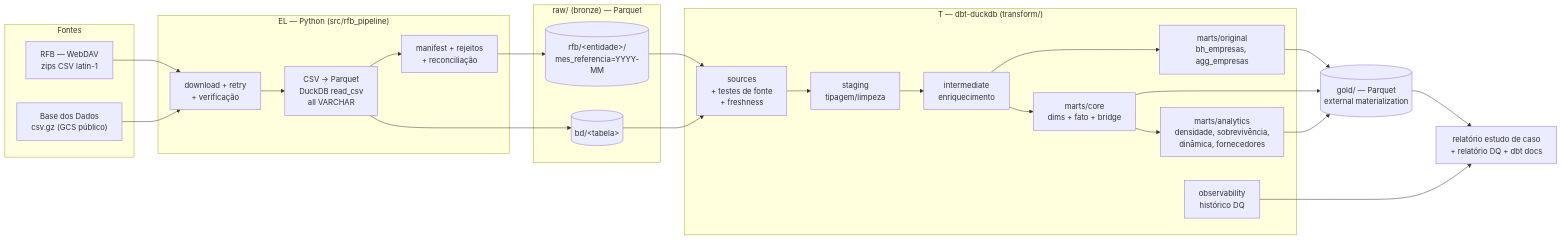
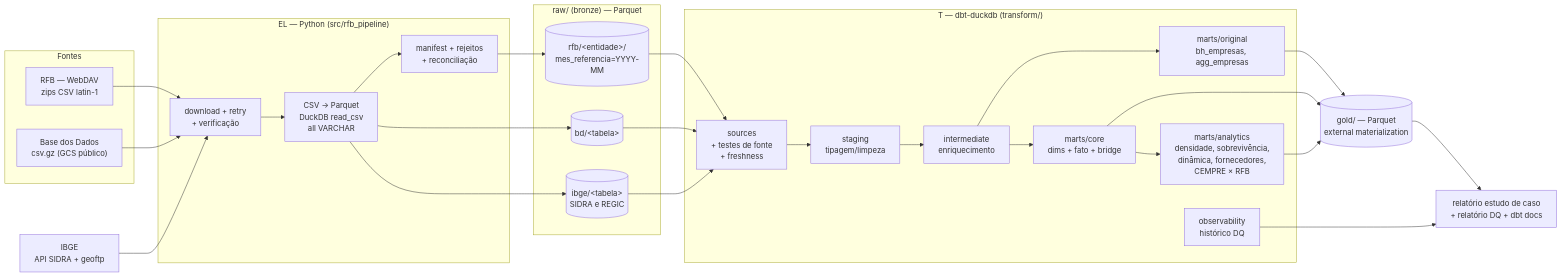
One commit to llrt/dbt-pipeline-rfb-v2 changed the first of 3 diagrams in ARCHITECTURE.md. Above: the diagram before and after it, drawn with Mermaid. The commit also changed other lines of this file and 3 other files, not shown here.

````diff
--- a/ARCHITECTURE.md
+++ b/ARCHITECTURE.md
@@ -12,40 +12,44 @@
 ```mermaid
 flowchart LR
     subgraph Fontes
       RFB["RFB — WebDAV<br/>zips CSV latin-1"]
       BD["Base dos Dados<br/>csv.gz (GCS público)"]
     end
     subgraph EL["EL — Python (src/rfb_pipeline)"]
       DL[download + retry<br/>+ verificação]
       CV[CSV → Parquet<br/>DuckDB read_csv<br/>all VARCHAR]
       MF[manifest + rejeitos<br/>+ reconciliação]
     end
     subgraph RAW["raw/ (bronze) — Parquet"]
       R1[(rfb/&lt;entidade&gt;/<br/>mes_referencia=YYYY-MM)]
       R2[(bd/&lt;tabela&gt;)]
+      R3[(ibge/&lt;tabela&gt;<br/>SIDRA e REGIC)]
     end
     subgraph DBT["T — dbt-duckdb (transform/)"]
       SRC[sources<br/>+ testes de fonte<br/>+ freshness]
       STG[staging<br/>tipagem/limpeza]
       INT[intermediate<br/>enriquecimento]
       ORI[marts/original<br/>bh_empresas, agg_empresas]
       CORE[marts/core<br/>dims + fato + bridge]
-      ANA[marts/analytics<br/>densidade, sobrevivência,<br/>dinâmica, fornecedores]
+      ANA[marts/analytics<br/>densidade, sobrevivência,<br/>dinâmica, fornecedores,<br/>CEMPRE × RFB]
       OBS[observability<br/>histórico DQ]
     end
     GOLD[(gold/ — Parquet<br/>external materialization)]
     REP[relatório estudo de caso<br/>+ relatório DQ + dbt docs]
 
     RFB --> DL --> CV --> MF --> R1
     BD --> DL
     CV --> R2
+    IBGE[IBGE<br/>API SIDRA + geoftp] --> DL
+    CV --> R3
     R1 --> SRC
     R2 --> SRC
+    R3 --> SRC
     SRC --> STG --> INT --> ORI
     INT --> CORE --> ANA
     ORI --> GOLD
     CORE --> GOLD
     ANA --> GOLD
     GOLD --> REP
     OBS --> REP
 ```
````
